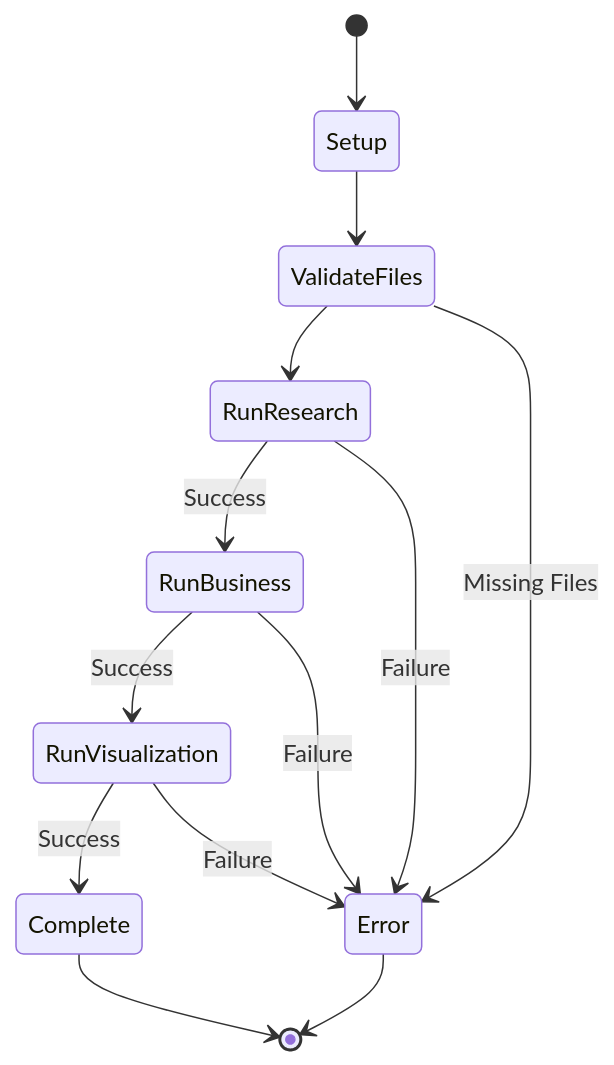
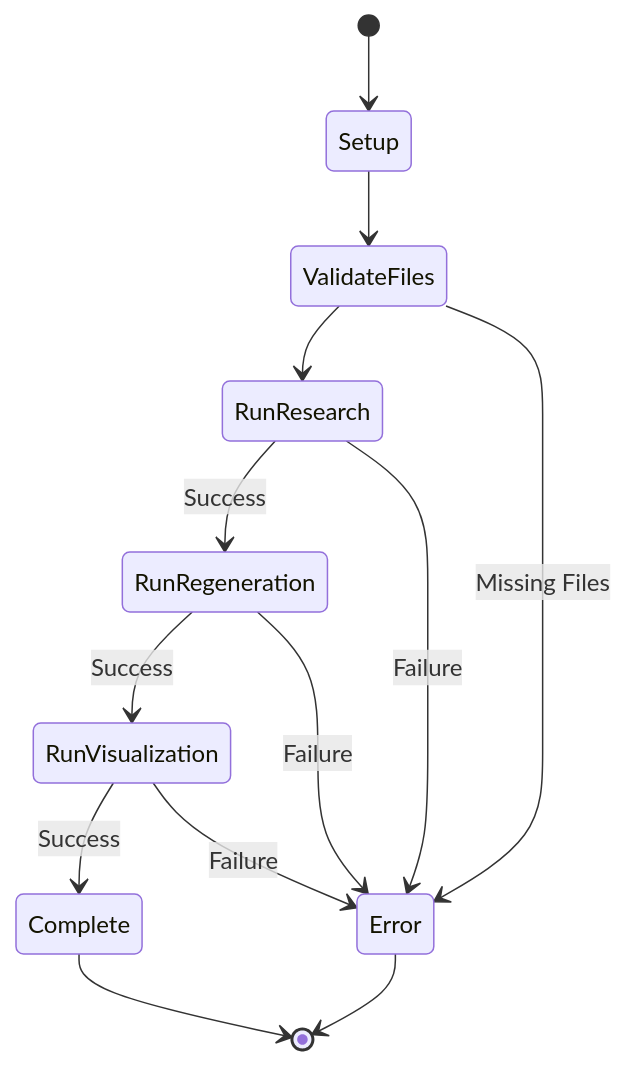
Before and after one commit to ActiveInferenceInstitute/Biofirm: the fifth of 5 diagrams in One_Earth/WORKFLOW.md, drawn with Mermaid. The commit also changed other lines of this file and 8 other files, not shown here.

````diff
--- a/One_Earth/WORKFLOW.md
+++ b/One_Earth/WORKFLOW.md
@@ -210,19 +208,19 @@
 ```mermaid
 stateDiagram-v2
     [*] --> Setup
     Setup --> ValidateFiles
     ValidateFiles --> RunResearch
     ValidateFiles --> Error : Missing Files
     
-    RunResearch --> RunBusiness : Success
+    RunResearch --> RunRegeneration : Success
     RunResearch --> Error : Failure
     
-    RunBusiness --> RunVisualization : Success
-    RunBusiness --> Error : Failure
+    RunRegeneration --> RunVisualization : Success
+    RunRegeneration --> Error : Failure
     
     RunVisualization --> Complete : Success
     RunVisualization --> Error : Failure
     
     Complete --> [*]
     Error --> [*]
 ``` 
````
